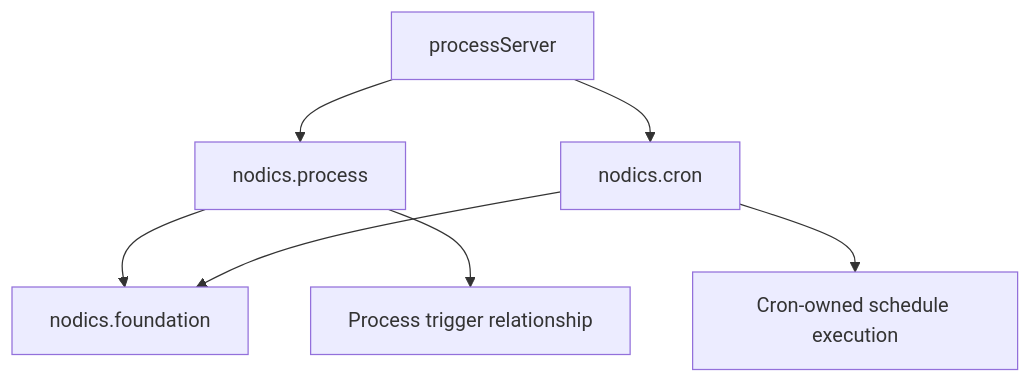
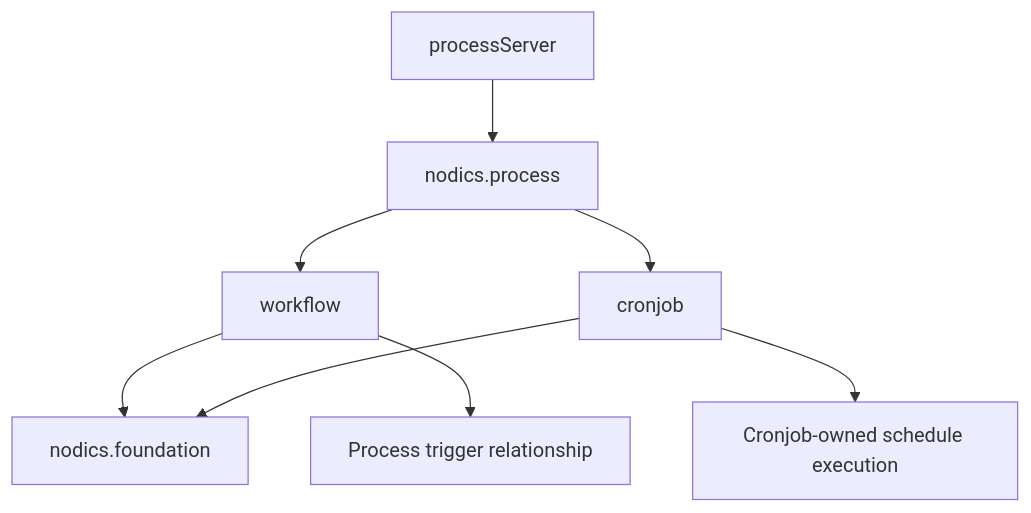
One commit to Nodics/nodics.ai changed the diagram in nodics.process/llm/contracts/process-ownership-and-designer-contract.md. Above: the diagram before and after it, drawn with Mermaid. The commit also changed other lines of this file and 43 other files, not shown here.

````diff
--- a/nodics.process/llm/contracts/process-ownership-and-designer-contract.md
+++ b/nodics.process/llm/contracts/process-ownership-and-designer-contract.md
@@ -21,9 +21,10 @@
 ```mermaid
 flowchart TD
   Server["processServer"] --> Process["nodics.process"]
-  Server --> Cron["nodics.cron"]
-  Process --> Core["nodics.foundation"]
-  Cron --> Core
-  Process --> Trigger["Process trigger relationship"]
-  Cron --> Schedule["Cron-owned schedule execution"]
+  Process --> Workflow["workflow"]
+  Process --> CronJob["cronjob"]
+  Workflow --> Core["nodics.foundation"]
+  CronJob --> Core
+  Workflow --> Trigger["Process trigger relationship"]
+  CronJob --> Schedule["Cronjob-owned schedule execution"]
 ```
````
